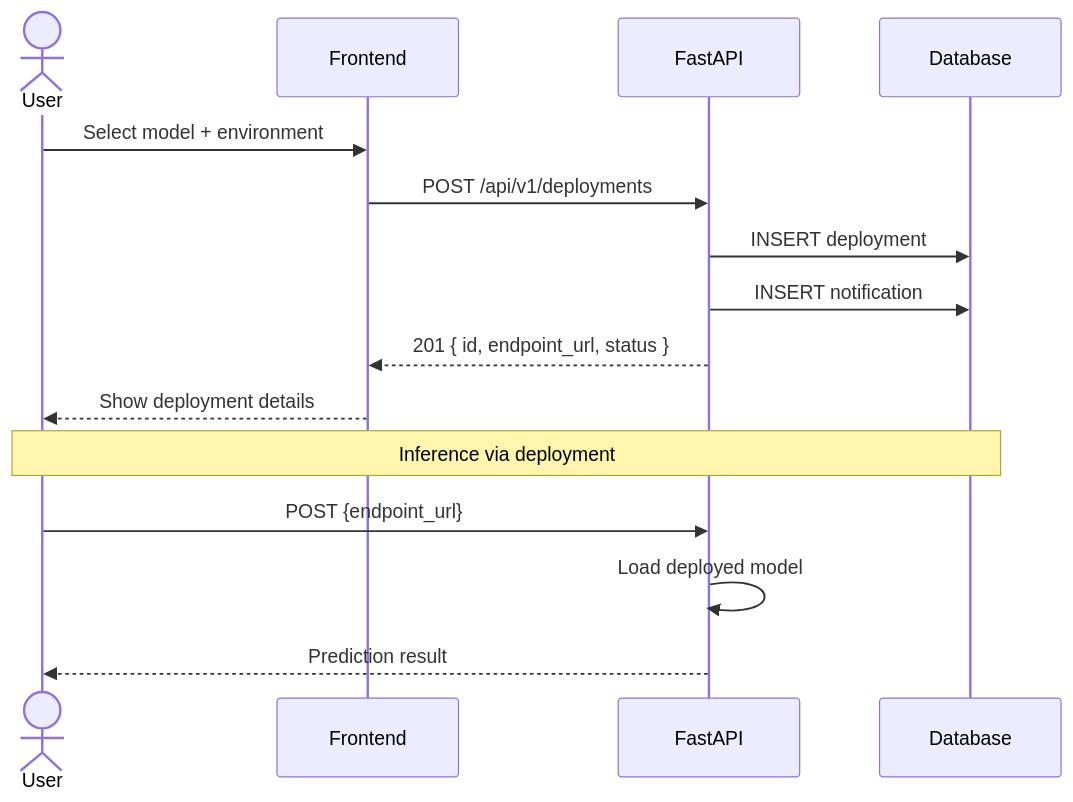
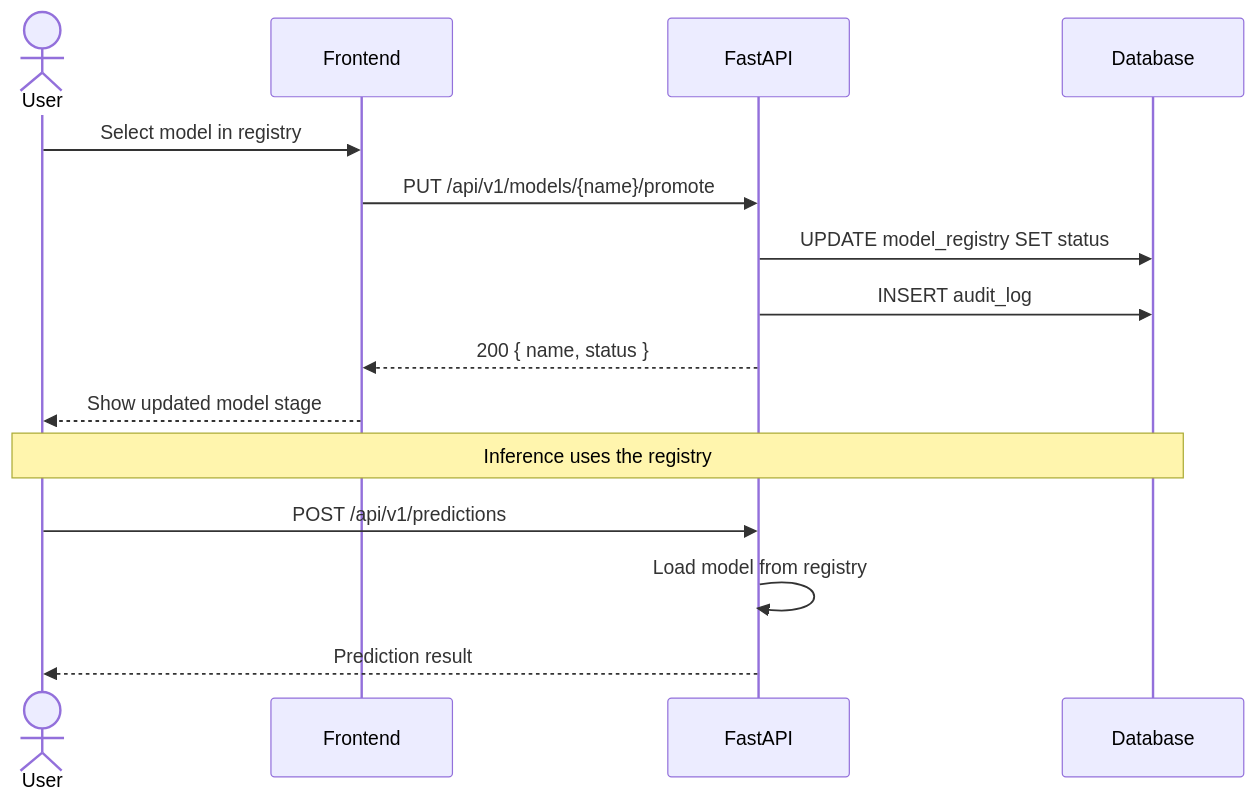
The fourth of 5 diagrams in SEQUENCE_DIAGRAM.md (mayuresh378/AutoML), drawn with Mermaid before and after one commit. The commit also changed other lines of this file and 82 other files, not shown here.

````diff
--- a/SEQUENCE_DIAGRAM.md
+++ b/SEQUENCE_DIAGRAM.md
@@ -75,19 +75,19 @@
 ```mermaid
 sequenceDiagram
     actor User
     participant Frontend
     participant API as FastAPI
     participant DB as Database
 
-    User->>Frontend: Select model + environment
-    Frontend->>API: POST /api/v1/deployments
-    API->>DB: INSERT deployment
-    API->>DB: INSERT notification
-    API-->>Frontend: 201 { id, endpoint_url, status }
-    Frontend-->>User: Show deployment details
+    User->>Frontend: Select model in registry
+    Frontend->>API: PUT /api/v1/models/{name}/promote
+    API->>DB: UPDATE model_registry SET status
+    API->>DB: INSERT audit_log
+    API-->>Frontend: 200 { name, status }
+    Frontend-->>User: Show updated model stage
 
-    Note over User,DB: Inference via deployment
-    User->>API: POST {endpoint_url}
-    API->>API: Load deployed model
+    Note over User,DB: Inference uses the registry
+    User->>API: POST /api/v1/predictions
+    API->>API: Load model from registry
     API-->>User: Prediction result
 ```
````
